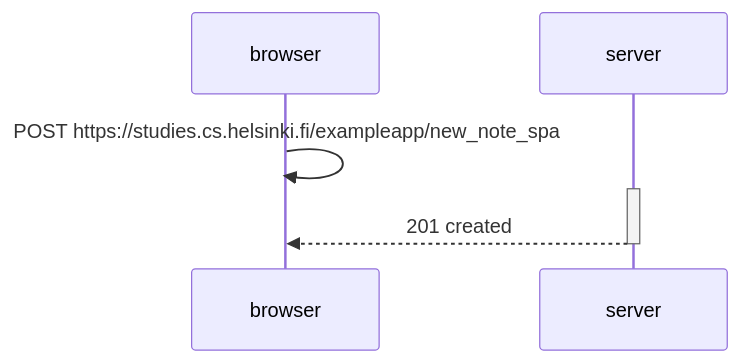
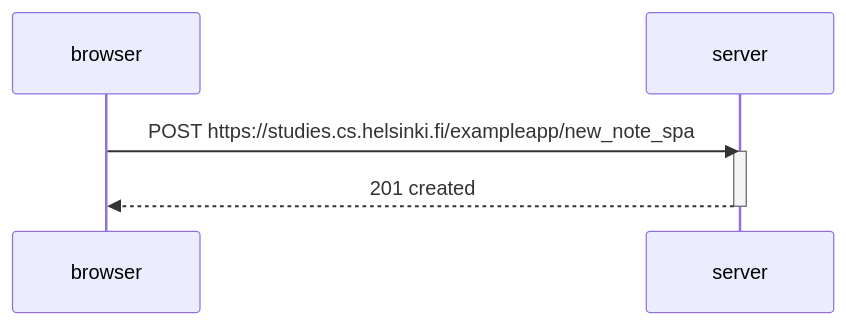
Before and after one commit to konstakarjalainen/Fullstack: the diagram in osa0/spa_uusi_muistiinpano.md, drawn with Mermaid.

````diff
--- a/osa0/spa_uusi_muistiinpano.md
+++ b/osa0/spa_uusi_muistiinpano.md
@@ -1,11 +1,11 @@
 ```mermaid
 sequenceDiagram
     participant browser
     participant server
 
-    browser->>browser: POST https://studies.cs.helsinki.fi/exampleapp/new_note_spa
+    browser->>server: POST https://studies.cs.helsinki.fi/exampleapp/new_note_spa
     activate server
     server-->>browser: 201 created
     deactivate server
       
 ```
````
